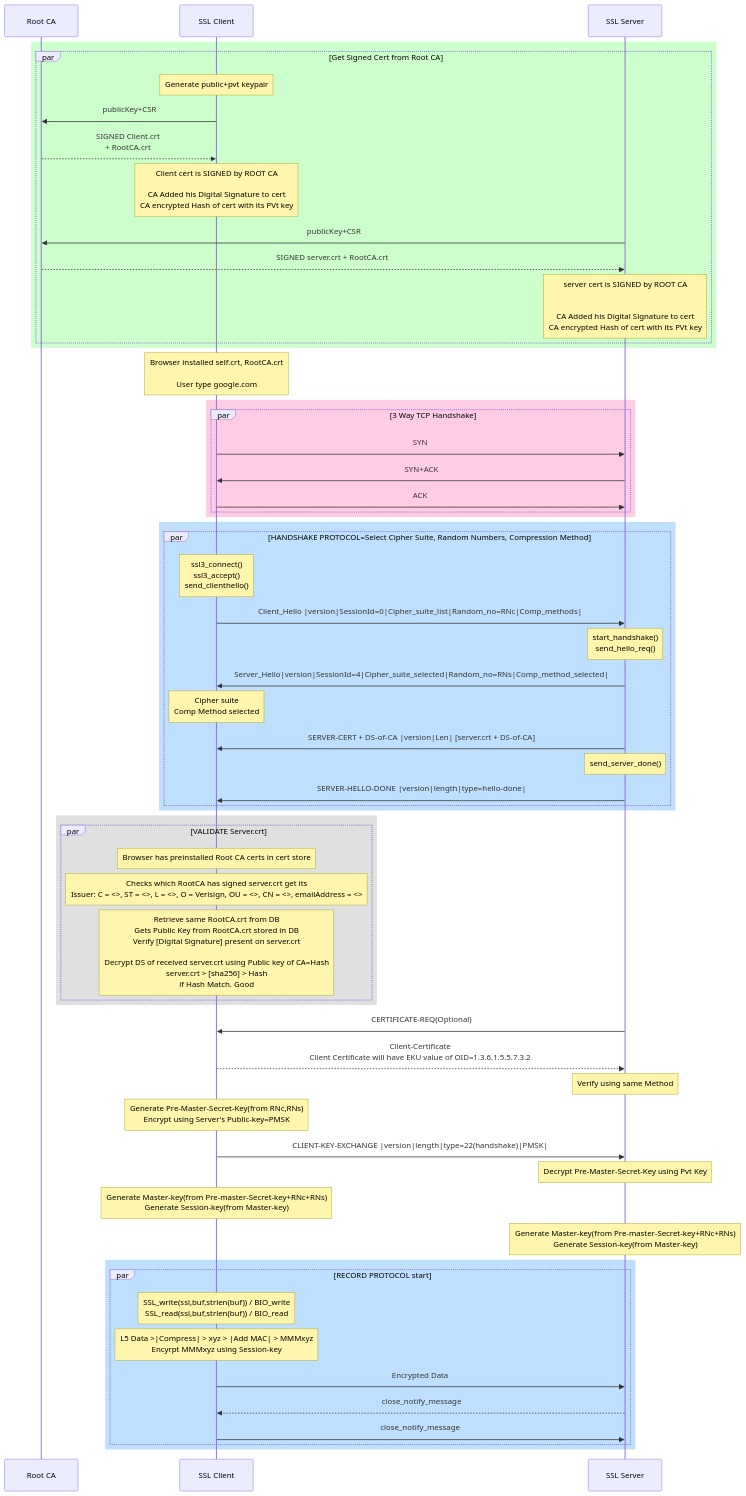
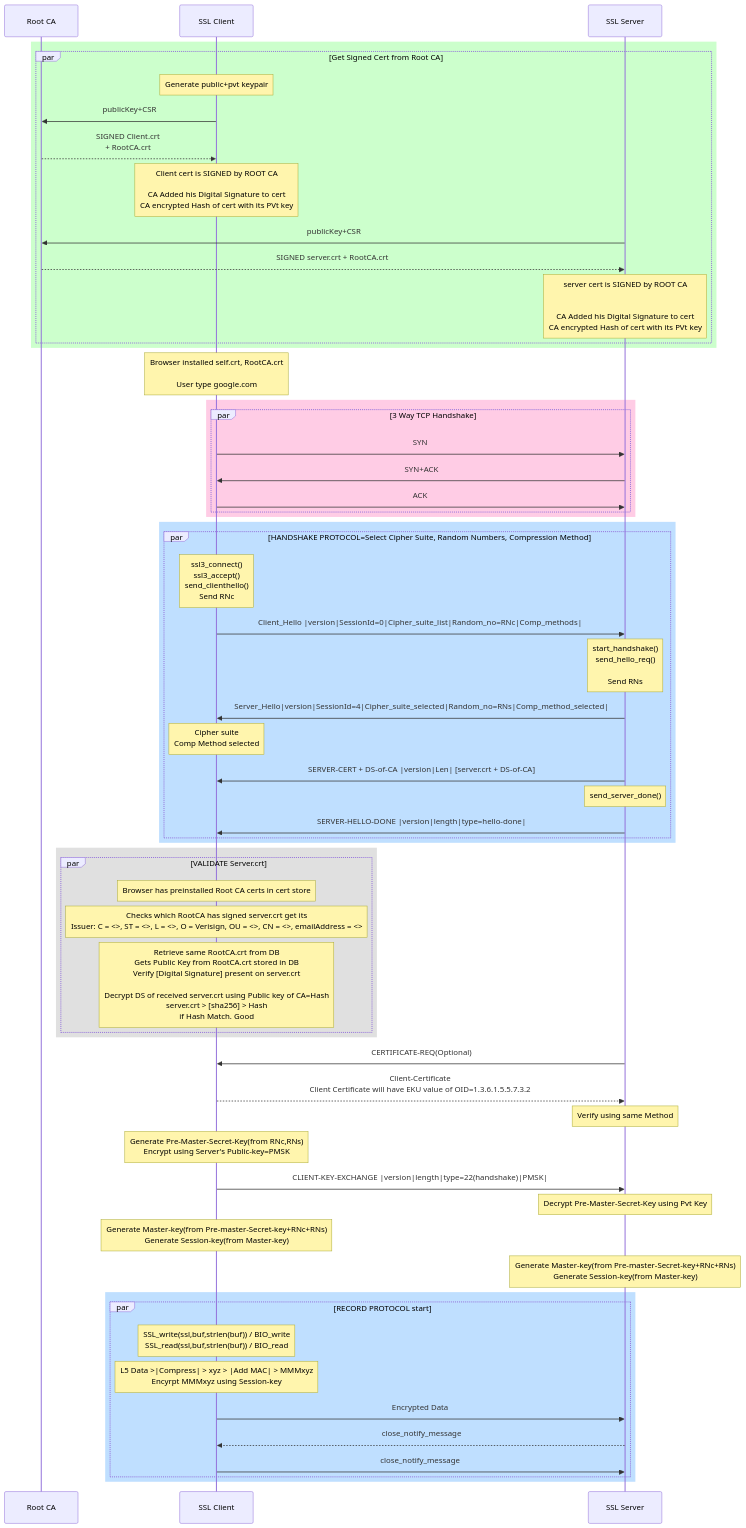
The diagram in Networking/OSI-Layers/Layer-7/Protocols/Encryption_Authentication/README.adoc (code-with-amitk/Code-examples), drawn with Mermaid before and after one commit.

````diff
--- a/Networking/OSI-Layers/Layer-7/Protocols/Encryption_Authentication/README.adoc
+++ b/Networking/OSI-Layers/Layer-7/Protocols/Encryption_Authentication/README.adoc
@@ -34,69 +34,69 @@
 ```mermaid
 sequenceDiagram
   participant r as Root CA
   participant c as SSL Client
   participant s as SSL Server
  
  rect rgb(204,255, 204)
  par Get Signed Cert from Root CA
  note over c: Generate public+pvt keypair
  c ->> r: publicKey+CSR
  r -->>c: SIGNED Client.crt<br>+ RootCA.crt
  Note over c:Client cert is SIGNED by ROOT CA<br><br>CA Added his Digital Signature to cert<br>CA encrypted Hash of cert with its PVt key
  s ->> r: publicKey+CSR
  r -->>s: SIGNED server.crt + RootCA.crt
  Note over s:server cert is SIGNED by ROOT CA<br><br><br>CA Added his Digital Signature to cert<br>CA encrypted Hash of cert with its PVt key
  end
  end
 
  Note over c: Browser installed self.crt, RootCA.crt<br><br>User type google.com
 
  rect rgb(255, 204, 229)
  par 3 Way TCP Handshake
  c ->> s: SYN
  s ->>c: SYN+ACK
  c ->>s: ACK
  end
  end
 
  rect rgb(191, 223, 255)
  par HANDSHAKE PROTOCOL=Select Cipher Suite, Random Numbers, Compression Method
- Note over c: ssl3_connect()<br>ssl3_accept()<br>send_clienthello()
+ Note over c: ssl3_connect()<br>ssl3_accept()<br>send_clienthello()<br>Send RNc
  c ->> s:Client_Hello |version|SessionId=0|Cipher_suite_list|Random_no=RNc|Comp_methods|
- Note over s: start_handshake() <br> send_hello_req()
+ Note over s: start_handshake() <br> send_hello_req()<br><br>Send RNs
  s ->> c: Server_Hello|version|SessionId=4|Cipher_suite_selected|Random_no=RNs|Comp_method_selected|
  Note over c: Cipher suite <br> Comp Method selected
  s ->> c: SERVER-CERT + DS-of-CA |version|Len| [server.crt + DS-of-CA]
  Note over s: send_server_done()
  s ->> c: SERVER-HELLO-DONE |version|length|type=hello-done|
  end
  end
 
  rect rgb(224, 224, 224)
  par VALIDATE Server.crt
  Note over c: Browser has preinstalled Root CA certs in cert store
  Note over c: Checks which RootCA has signed server.crt get its <br> Issuer: C = <>, ST = <>, L = <>, O = Verisign, OU = <>, CN = <>, emailAddress = <>
  Note over c: Retrieve same RootCA.crt from DB<br>Gets Public Key from RootCA.crt stored in DB<br>Verify [Digital Signature] present on server.crt<br><br>Decrypt DS of received server.crt using Public key of CA=Hash<br>server.crt > [sha256] > Hash<br>if Hash Match. Good
  end
  end
  
  s->> c:CERTIFICATE-REQ(Optional)
  c-->>s:Client-Certificate<br>Client Certificate will have EKU value of OID=1.3.6.1.5.5.7.3.2
  Note over s:Verify using same Method
 
  Note over c:Generate Pre-Master-Secret-Key(from RNc,RNs)<br>Encrypt using Server's Public-key=PMSK
  c->>s:CLIENT-KEY-EXCHANGE |version|length|type=22(handshake)|PMSK|
  Note over s:Decrypt Pre-Master-Secret-Key using Pvt Key
  Note over c:Generate Master-key(from Pre-master-Secret-key+RNc+RNs)<br> Generate Session-key(from Master-key)
  Note over s:Generate Master-key(from Pre-master-Secret-key+RNc+RNs)<br> Generate Session-key(from Master-key)
 
 rect rgb(191, 223, 255)
 par RECORD PROTOCOL start
 Note over c:SSL_write(ssl,buf,strlen(buf)) / BIO_write<br>SSL_read(ssl,buf,strlen(buf)) / BIO_read
 Note over c: L5 Data >|Compress| > xyz > |Add MAC| > MMMxyz<br> Encyrpt MMMxyz using Session-key
 c->>s: Encrypted Data
 s-->>c:close_notify_message
 c->>s:close_notify_message
 end
 end
 ```
````
